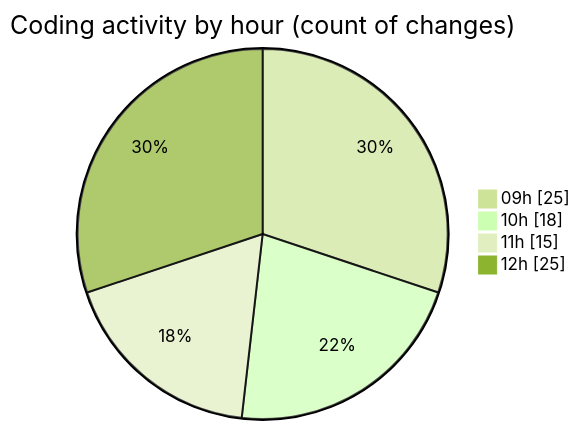
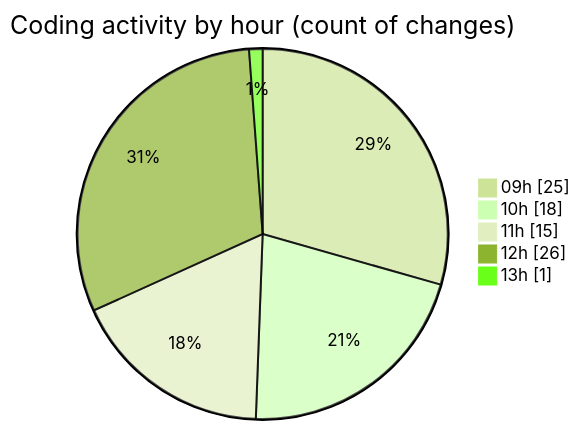
The second of 2 diagrams in 2025-03-13/cda/README.md (momahboobian/code-tracking), drawn with Mermaid (forest theme) before and after one commit. The commit also changed other lines of this file and 1 other file, not shown here.

````diff
--- a/2025-03-13/cda/README.md
+++ b/2025-03-13/cda/README.md
@@ -38,8 +38,9 @@
 ```mermaid
 pie showData
 title Coding activity by hour (count of changes)
 "09h" : 25
 "10h" : 18
 "11h" : 15
-"12h" : 25
+"12h" : 26
+"13h" : 1
 ```
````
